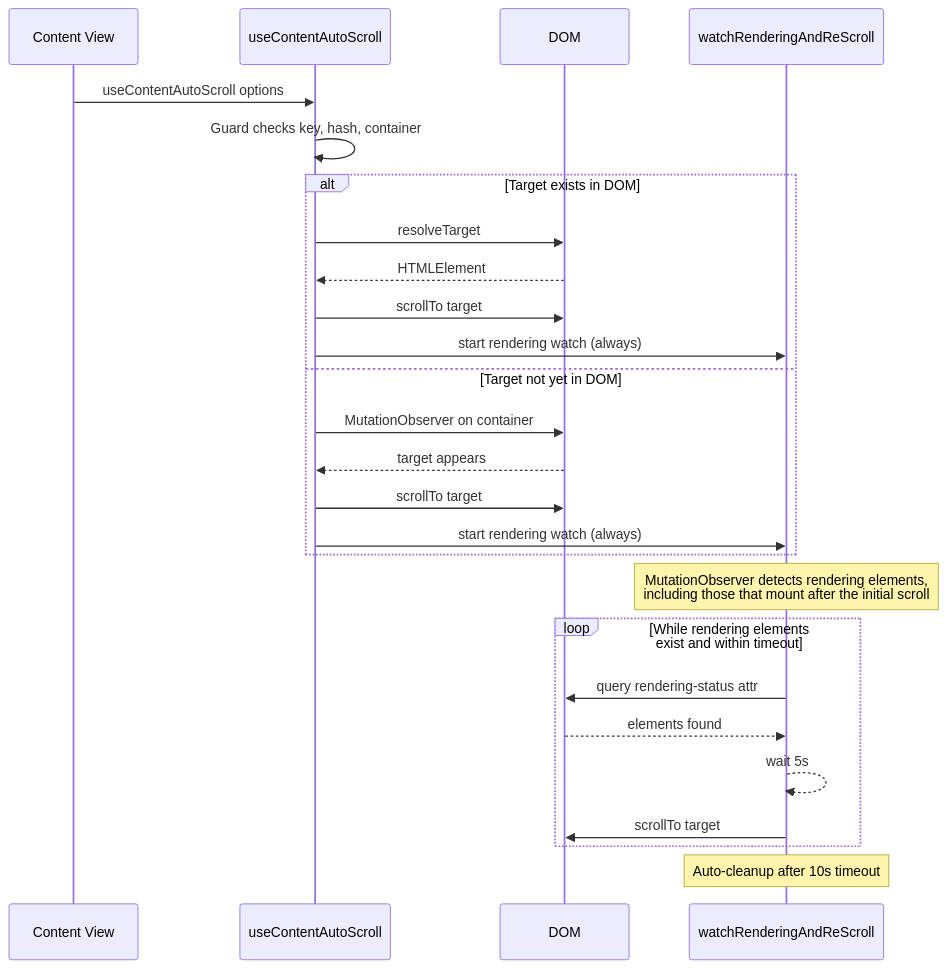
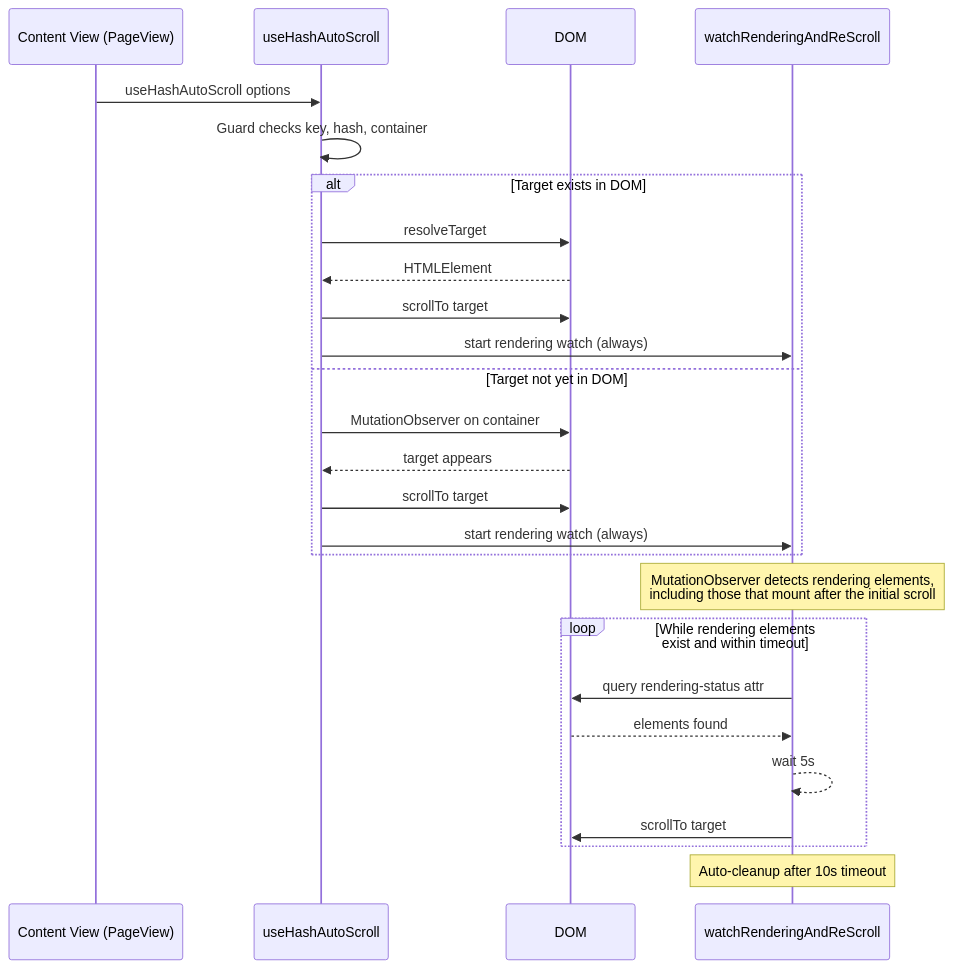
Before and after one commit to growilabs/growi: the second of 3 diagrams in .kiro/specs/auto-scroll/design.md, drawn with Mermaid. The commit also changed other lines of this file and 2 other files, not shown here.

````diff
--- a/.kiro/specs/auto-scroll/design.md
+++ b/.kiro/specs/auto-scroll/design.md
@@ -91,33 +98,33 @@
 ```mermaid
 sequenceDiagram
-    participant Caller as Content View
-    participant Hook as useContentAutoScroll
+    participant Caller as Content View (PageView)
+    participant Hook as useHashAutoScroll
     participant DOM as DOM
     participant Watch as watchRenderingAndReScroll
 
-    Caller->>Hook: useContentAutoScroll options
+    Caller->>Hook: useHashAutoScroll options
     Hook->>Hook: Guard checks key, hash, container
 
     alt Target exists in DOM
         Hook->>DOM: resolveTarget
         DOM-->>Hook: HTMLElement
         Hook->>DOM: scrollTo target
         Hook->>Watch: start rendering watch (always)
     else Target not yet in DOM
         Hook->>DOM: MutationObserver on container
         DOM-->>Hook: target appears
         Hook->>DOM: scrollTo target
         Hook->>Watch: start rendering watch (always)
     end
 
     Note over Watch: MutationObserver detects rendering elements,<br/>including those that mount after the initial scroll
 
     loop While rendering elements exist and within timeout
         Watch->>DOM: query rendering-status attr
         DOM-->>Watch: elements found
         Watch-->>Watch: wait 5s
         Watch->>DOM: scrollTo target
     end
 
     Note over Watch: Auto-cleanup after 10s timeout
 ```
````
